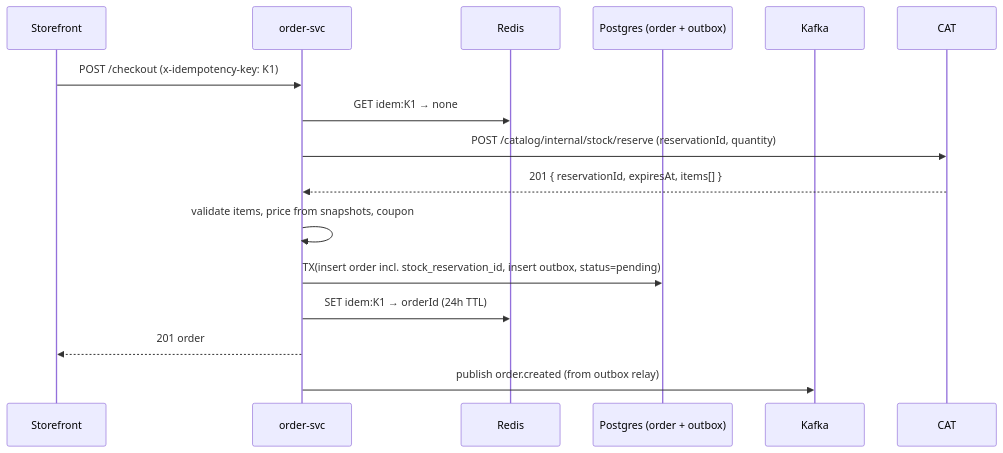
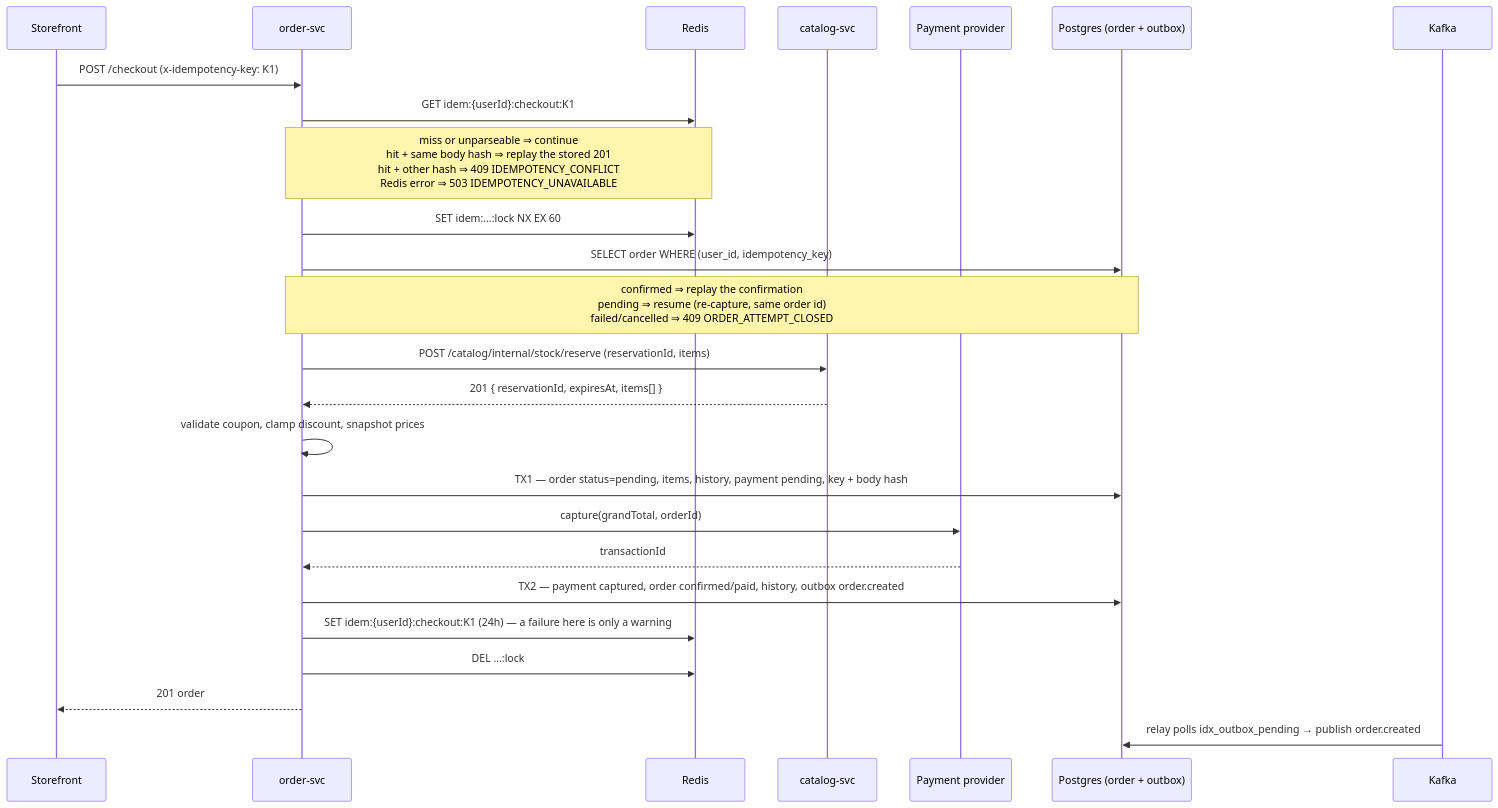
The third of 6 diagrams in 4.API-Design.md (E-Commerce-BDA/Documentation), drawn with Mermaid before and after one commit. The commit also changed other lines of this file, not shown here.

First line of the commit message:
docs(api): document the checkout saga, its failure codes and the refund contract

````diff
--- a/4.API-Design.md
+++ b/4.API-Design.md
@@ -629,18 +669,28 @@
 ```mermaid
 sequenceDiagram
     participant SF as Storefront
     participant OR as order-svc
     participant RD as Redis
+    participant CAT as catalog-svc
+    participant PAY as Payment provider
     participant DB as Postgres (order + outbox)
     participant K as Kafka
 
     SF->>OR: POST /checkout (x-idempotency-key: K1)
-    OR->>RD: GET idem:K1 → none
-    OR->>CAT: POST /catalog/internal/stock/reserve (reservationId, quantity)
+    OR->>RD: GET idem:{userId}:checkout:K1
+    Note over OR,RD: miss or unparseable ⇒ continue<br/>hit + same body hash ⇒ replay the stored 201<br/>hit + other hash ⇒ 409 IDEMPOTENCY_CONFLICT<br/>Redis error ⇒ 503 IDEMPOTENCY_UNAVAILABLE
+    OR->>RD: SET idem:…:lock NX EX 60
+    OR->>DB: SELECT order WHERE (user_id, idempotency_key)
+    Note over OR,DB: confirmed ⇒ replay the confirmation<br/>pending ⇒ resume (re-capture, same order id)<br/>failed/cancelled ⇒ 409 ORDER_ATTEMPT_CLOSED
+    OR->>CAT: POST /catalog/internal/stock/reserve (reservationId, items)
     CAT-->>OR: 201 { reservationId, expiresAt, items[] }
-    OR->>OR: validate items, price from snapshots, coupon
-    OR->>DB: TX(insert order incl. stock_reservation_id, insert outbox, status=pending)
-    OR->>RD: SET idem:K1 → orderId (24h TTL)
+    OR->>OR: validate coupon, clamp discount, snapshot prices
+    OR->>DB: TX1 — order status=pending, items, history, payment pending, key + body hash
+    OR->>PAY: capture(grandTotal, orderId)
+    PAY-->>OR: transactionId
+    OR->>DB: TX2 — payment captured, order confirmed/paid, history, outbox order.created
+    OR->>RD: SET idem:{userId}:checkout:K1 (24h) — a failure here is only a warning
+    OR->>RD: DEL …:lock
     OR-->>SF: 201 order
-    OR->>K: publish order.created (from outbox relay)
+    K->>DB: relay polls idx_outbox_pending → publish order.created
 ```
````
